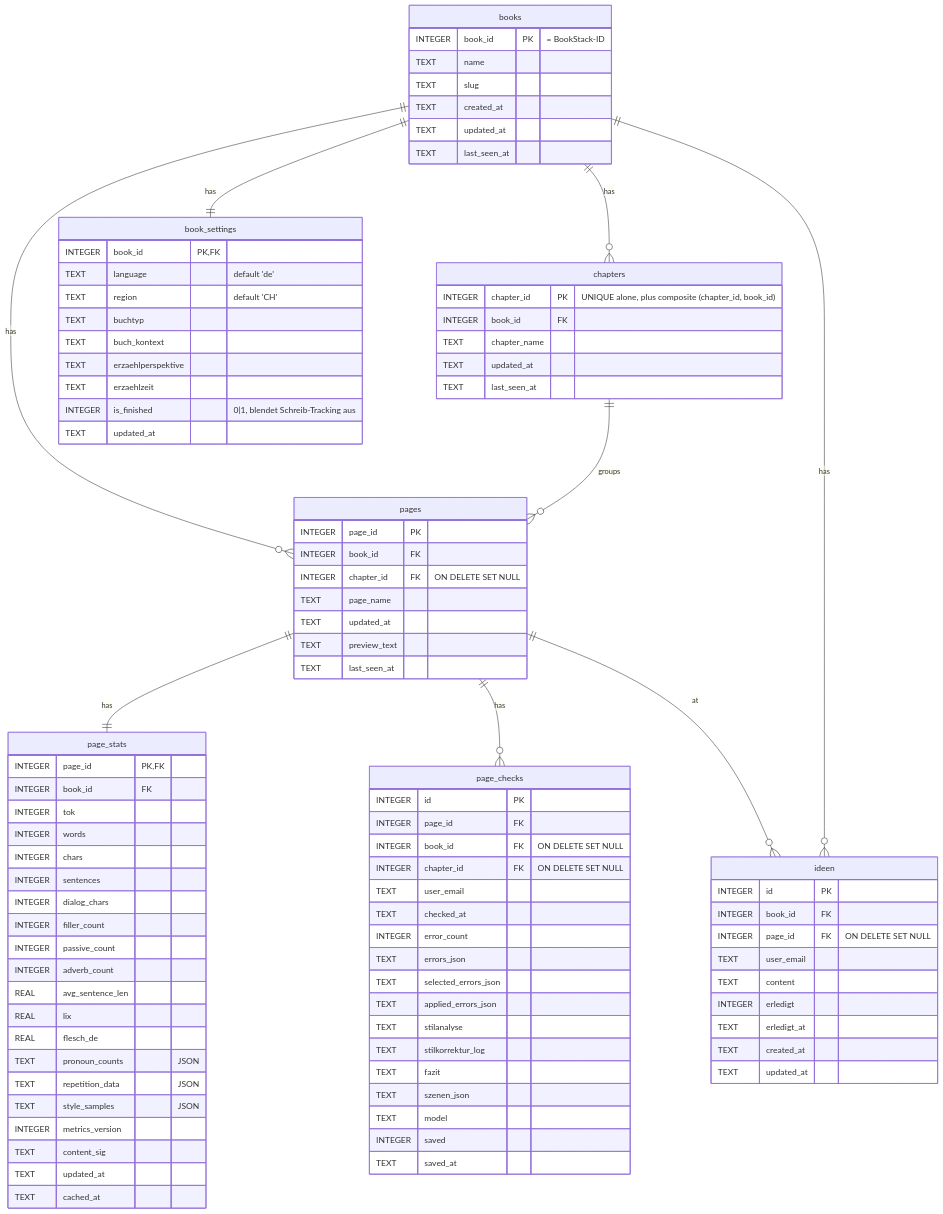
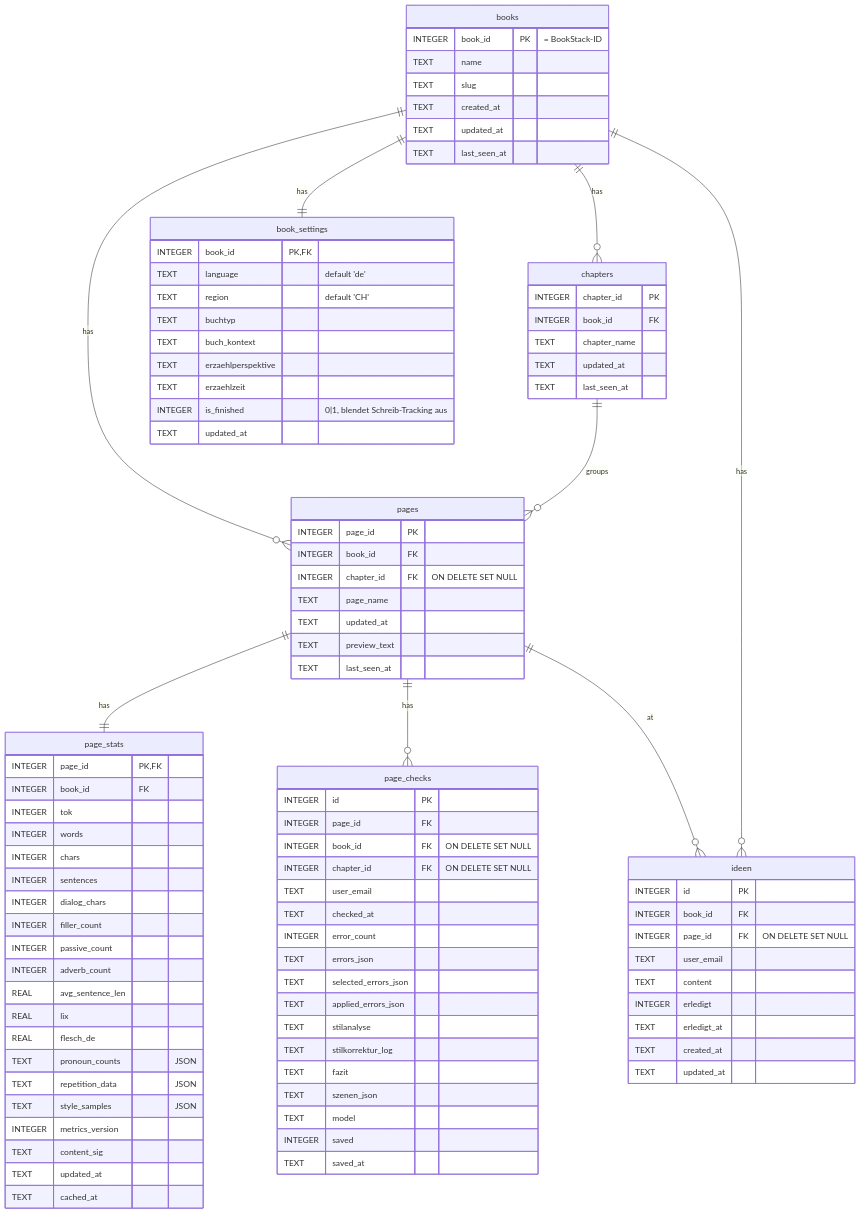
Before and after one commit to bedeberger/schreibwerkstatt: the second of 6 diagrams in docs/erd.md, drawn with Mermaid. The commit also changed other lines of this file and 2 other files, not shown here.

First line of the commit message:
schema-verbesserungen migrations 91-96

```diff
--- a/docs/erd.md
+++ b/docs/erd.md
@@ -107,7 +108,7 @@
     TEXT    last_seen_at
   }
   chapters {
-    INTEGER chapter_id  PK "UNIQUE alone, plus composite (chapter_id, book_id)"
+    INTEGER chapter_id  PK
     INTEGER book_id     FK
     TEXT    chapter_name
     TEXT    updated_at
```
